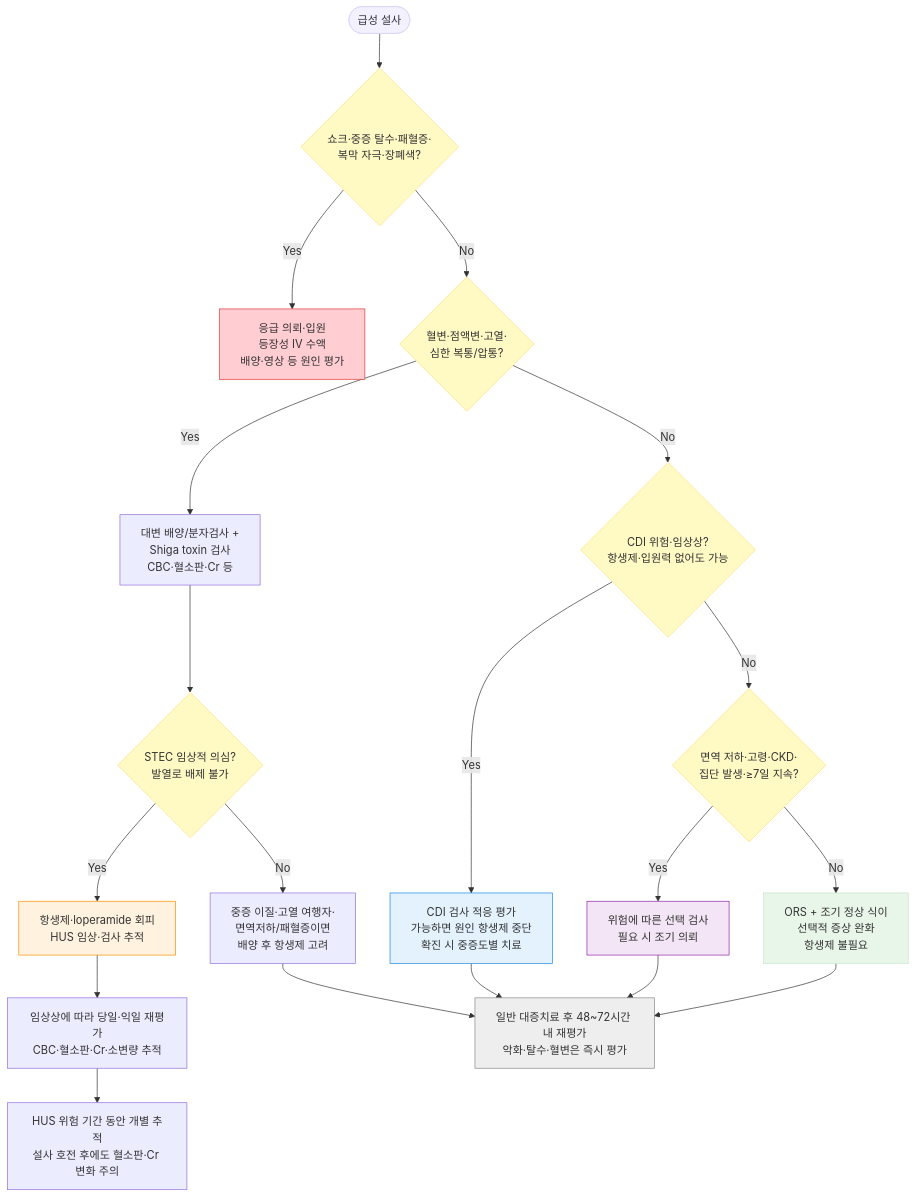
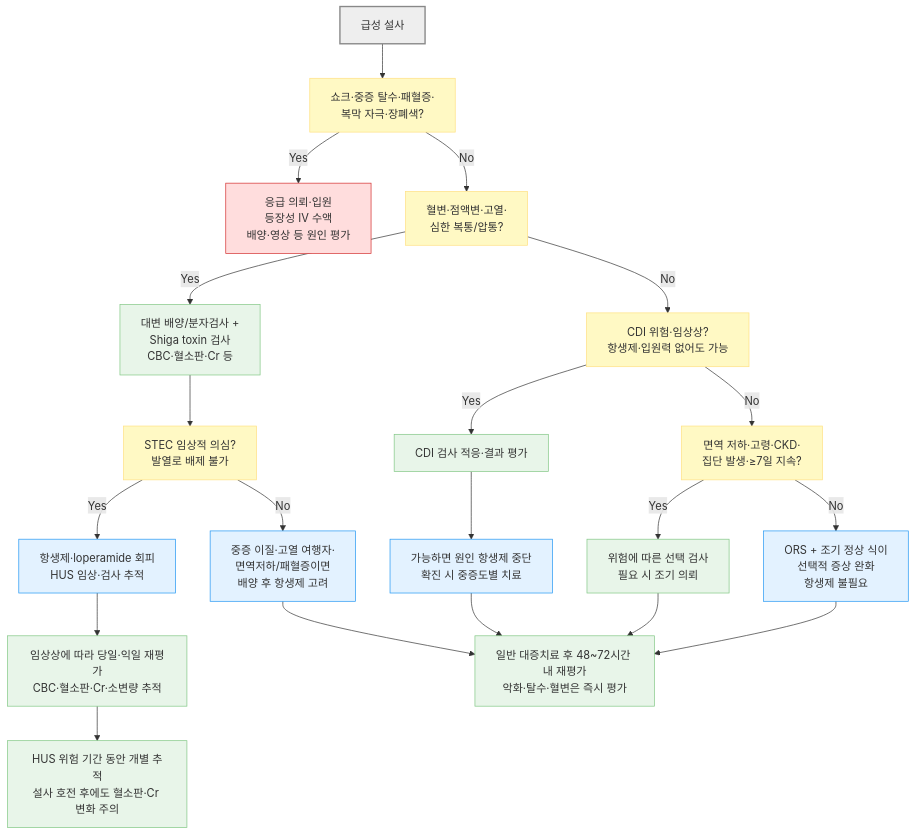
One commit to familyoh77/familyoh77 changed the diagram in 224_/083_-acute-diarrhea.md. Above: the diagram before and after it, drawn with Mermaid. The commit also changed other lines of this file and 4 other files, not shown here.

````diff
--- a/224_/083_-acute-diarrhea.md
+++ b/224_/083_-acute-diarrhea.md
@@ -143,34 +145,36 @@
 ```mermaid
-graph TD
-    Start(["급성 설사"]) --> S1{"쇼크·중증 탈수·패혈증·<br/>복막 자극·장폐색?"}
+flowchart TD
+    Start["급성 설사"] --> S1["쇼크·중증 탈수·패혈증·<br/>복막 자극·장폐색?"]
     S1 -->|Yes| Emergency["응급 의뢰·입원<br/>등장성 IV 수액<br/>배양·영상 등 원인 평가"]
-    S1 -->|No| S2{"혈변·점액변·고열·<br/>심한 복통/압통?"}
+    S1 -->|No| S2["혈변·점액변·고열·<br/>심한 복통/압통?"]
 
     S2 -->|Yes| Infl["대변 배양/분자검사 +<br/>Shiga toxin 검사<br/>CBC·혈소판·Cr 등"]
-    Infl --> STECq{"STEC 임상적 의심?<br/>발열로 배제 불가"}
+    Infl --> STECq["STEC 임상적 의심?<br/>발열로 배제 불가"]
     STECq -->|Yes| STEC["항생제·loperamide 회피<br/>HUS 임상·검사 추적"]
     STECq -->|No| ABX["중증 이질·고열 여행자·<br/>면역저하/패혈증이면<br/>배양 후 항생제 고려"]
 
-    S2 -->|No| S3{"CDI 위험·임상상?<br/>항생제·입원력 없어도 가능"}
-    S3 -->|Yes| CDI["CDI 검사 적응 평가<br/>가능하면 원인 항생제 중단<br/>확진 시 중증도별 치료"]
-    S3 -->|No| HighRisk{"면역 저하·고령·CKD·<br/>집단 발생·≥7일 지속?"}
+    S2 -->|No| S3["CDI 위험·임상상?<br/>항생제·입원력 없어도 가능"]
+    S3 -->|Yes| CDIT["CDI 검사 적응·결과 평가"]
+    CDIT --> CDI["가능하면 원인 항생제 중단<br/>확진 시 중증도별 치료"]
+    S3 -->|No| HighRisk["면역 저하·고령·CKD·<br/>집단 발생·≥7일 지속?"]
     HighRisk -->|Yes| Test["위험에 따른 선택 검사<br/>필요 시 조기 의뢰"]
     HighRisk -->|No| Support["ORS + 조기 정상 식이<br/>선택적 증상 완화<br/>항생제 불필요"]
 
     STEC --> HUSFU["임상상에 따라 당일·익일 재평가<br/>CBC·혈소판·Cr·소변량 추적"]
     HUSFU --> HUSReview["HUS 위험 기간 동안 개별 추적<br/>설사 호전 후에도 혈소판·Cr 변화 주의"]
     ABX --> FU["일반 대증치료 후 48~72시간 내 재평가<br/>악화·탈수·혈변은 즉시 평가"]
     CDI --> FU
     Test --> FU
     Support --> FU
 
-    classDef yellow fill:#fff9c4,stroke:#ffe082
-    class S1,S2,S3,STECq,HighRisk yellow
-    style Emergency fill:#ffcdd2,stroke:#e53935
-    style STEC fill:#fff3e0,stroke:#fb8c00
-    style CDI fill:#e3f2fd,stroke:#1e88e5
-    style Test fill:#f3e5f5,stroke:#8e24aa
-    style Start fill:#f3f0ff,stroke:#dcd6f7
-    style Support fill:#e8f5e9,stroke:#c8e6c9
-    style FU fill:#eeeeee,stroke:#888888
+    classDef neutral fill:#eeeeee,stroke:#888888,stroke-width:2px
+    classDef question fill:#fff9c4,stroke:#ffe082
+    classDef test fill:#e8f5e9,stroke:#81c784
+    classDef treatment fill:#e3f2ff,stroke:#2196f3
+    classDef emergency fill:#ffdddd,stroke:#d32f2f
+    class Start neutral
+    class S1,S2,S3,STECq,HighRisk question
+    class Infl,CDIT,Test,HUSFU,HUSReview,FU test
+    class STEC,ABX,CDI,Support treatment
+    class Emergency emergency
 ```
````
